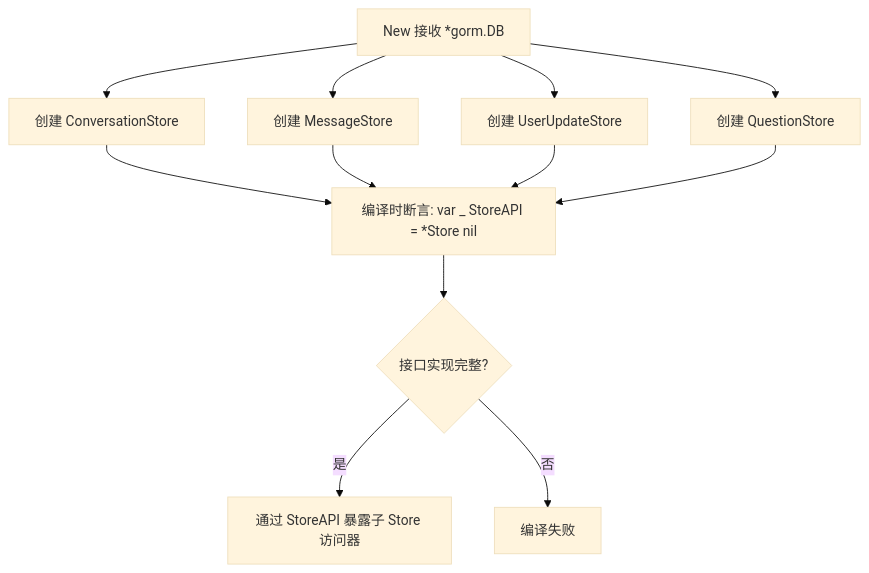
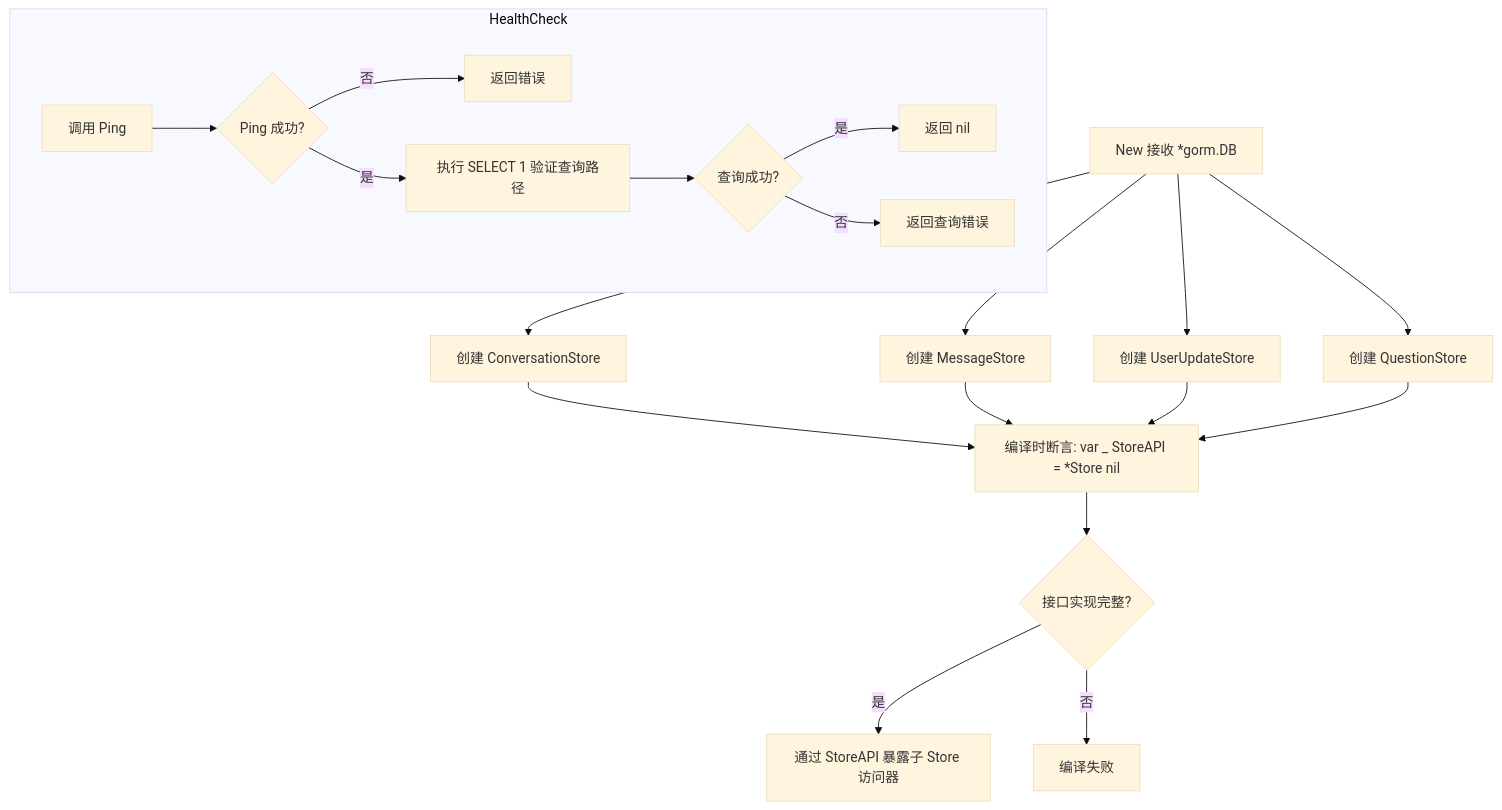
Before and after one commit to PineappleBond/xyncra-server: the second of 12 diagrams in wiki/flows/storage.md, drawn with Mermaid (base theme). The commit also changed other lines of this file and 16 other files, not shown here.

First line of the commit message:
docs(wiki): comprehensive review and fix of all flow documents

````diff
--- a/wiki/flows/storage.md
+++ b/wiki/flows/storage.md
@@ -82,14 +83,23 @@
 ```mermaid
 flowchart TD
     A[New 接收 *gorm.DB] --> B[创建 ConversationStore]
     A --> C[创建 MessageStore]
     A --> D[创建 UserUpdateStore]
     A --> E[创建 QuestionStore]
     B --> F[编译时断言: var _ StoreAPI = *Store nil]
     C --> F
     D --> F
     E --> F
     F --> G{接口实现完整?}
     G -->|是| H[通过 StoreAPI 暴露子 Store 访问器]
     G -->|否| I[编译失败]
+
+    subgraph HealthCheck
+        HC1[调用 Ping] --> HC2{Ping 成功?}
+        HC2 -->|否| HC3[返回错误]
+        HC2 -->|是| HC4[执行 SELECT 1 验证查询路径]
+        HC4 --> HC5{查询成功?}
+        HC5 -->|是| HC6[返回 nil]
+        HC5 -->|否| HC7[返回查询错误]
+    end
 ```
````
